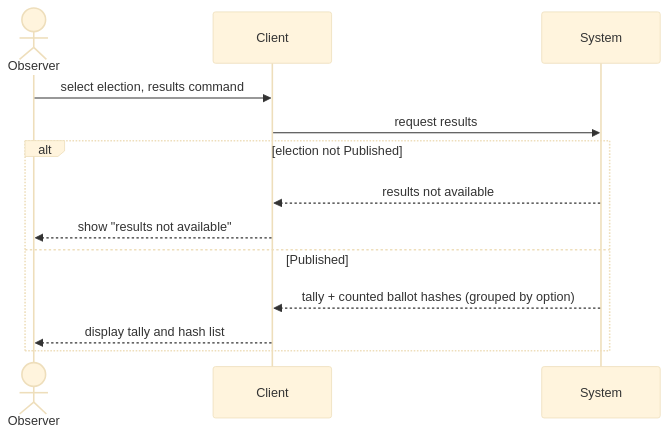
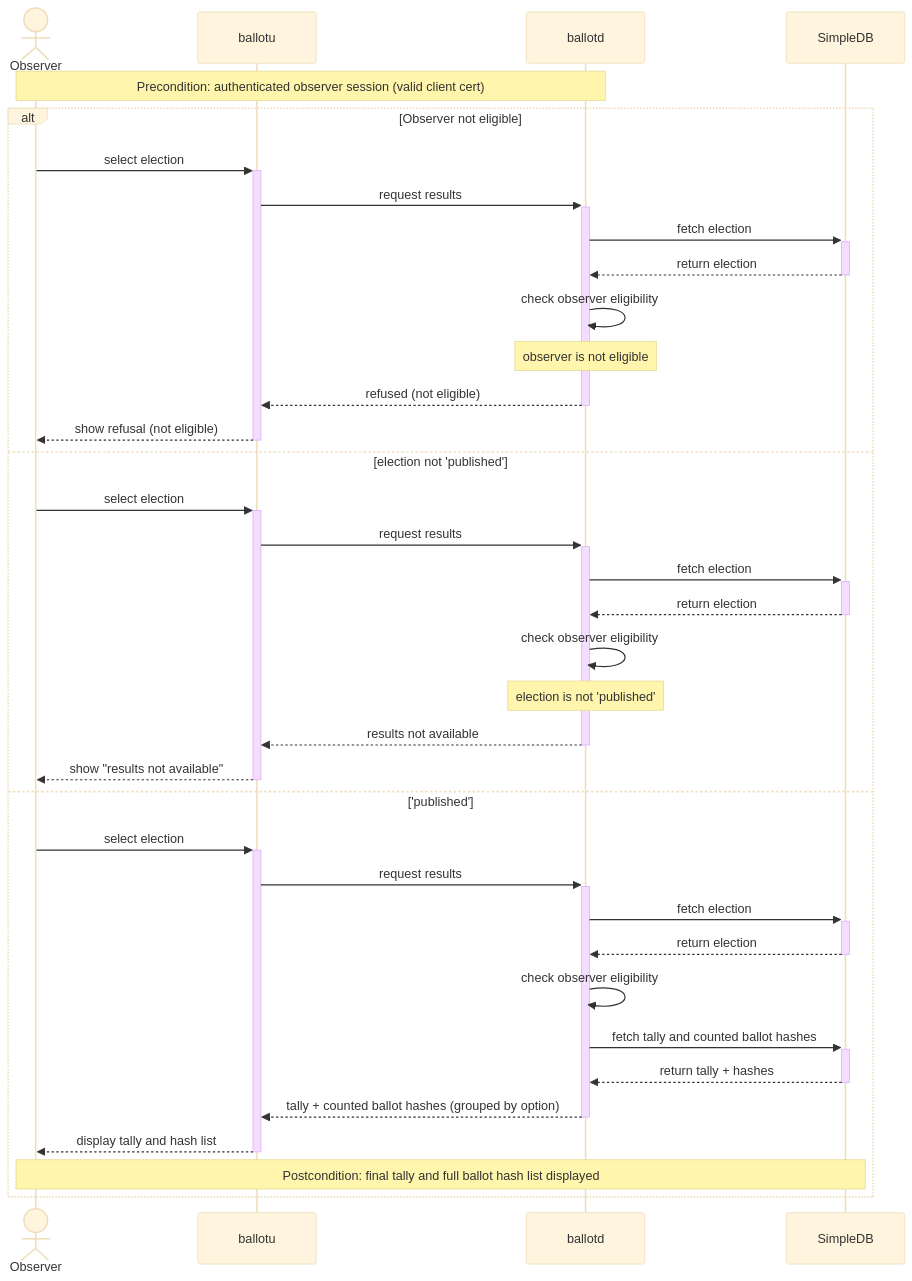
One commit to JediNakDev/ballotbox changed the sixth of 8 diagrams in README.md. Above: the diagram before and after it, drawn with Mermaid (base theme). The commit also changed other lines of this file, not shown here.

Commit message:
docs: architecture detail

````diff
--- a/README.md
+++ b/README.md
@@ -271,16 +348,40 @@
 ```mermaid
 sequenceDiagram
     actor Observer
-    participant Client
-    participant System
+    participant ballotu
+    participant ballotd
+    participant SimpleDB
 
-    Observer->>Client: select election, results command
-    Client->>System: request results
-    alt election not Published
-        System-->>Client: results not available
-        Client-->>Observer: show "results not available"
-    else Published
-        System-->>Client: tally + counted ballot hashes (grouped by option)
-        Client-->>Observer: display tally and hash list
+    note over Observer,ballotd: Precondition: authenticated observer session (valid client cert)
+
+    alt Observer not eligible
+        Observer->>+ballotu: select election
+        ballotu->>+ballotd: request results
+        ballotd->>+SimpleDB: fetch election
+        SimpleDB-->>-ballotd: return election
+        ballotd->>ballotd: check observer eligibility
+        note over ballotd: observer is not eligible
+        ballotd-->>-ballotu: refused (not eligible)
+        ballotu-->>-Observer: show refusal (not eligible)
+    else election not 'published'
+        Observer->>+ballotu: select election
+        ballotu->>+ballotd: request results
+        ballotd->>+SimpleDB: fetch election
+        SimpleDB-->>-ballotd: return election
+        ballotd->>ballotd: check observer eligibility
+        note over ballotd: election is not 'published'
+        ballotd-->>-ballotu: results not available
+        ballotu-->>-Observer: show "results not available"
+    else 'published'
+        Observer->>+ballotu: select election
+        ballotu->>+ballotd: request results
+        ballotd->>+SimpleDB: fetch election
+        SimpleDB-->>-ballotd: return election
+        ballotd->>ballotd: check observer eligibility
+        ballotd->>+SimpleDB: fetch tally and counted ballot hashes
+        SimpleDB-->>-ballotd: return tally + hashes
+        ballotd-->>-ballotu: tally + counted ballot hashes (grouped by option)
+        ballotu-->>-Observer: display tally and hash list
+        note over Observer,SimpleDB: Postcondition: final tally and full ballot hash list displayed
     end
 ```
````
